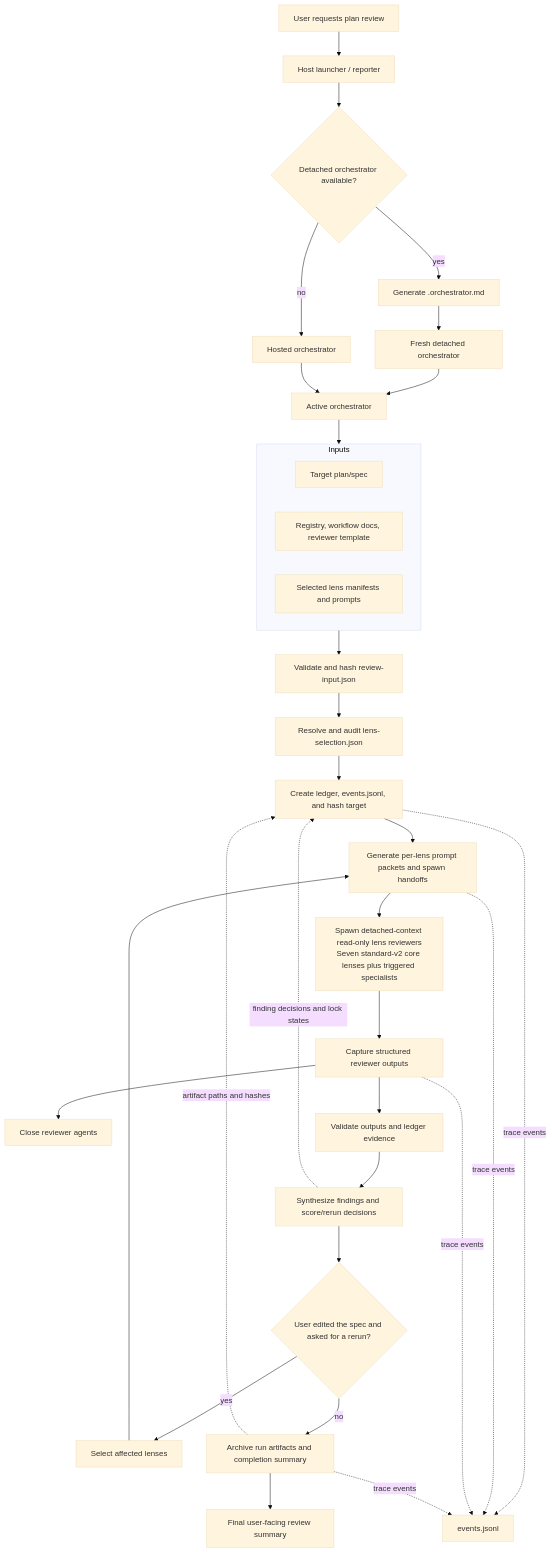
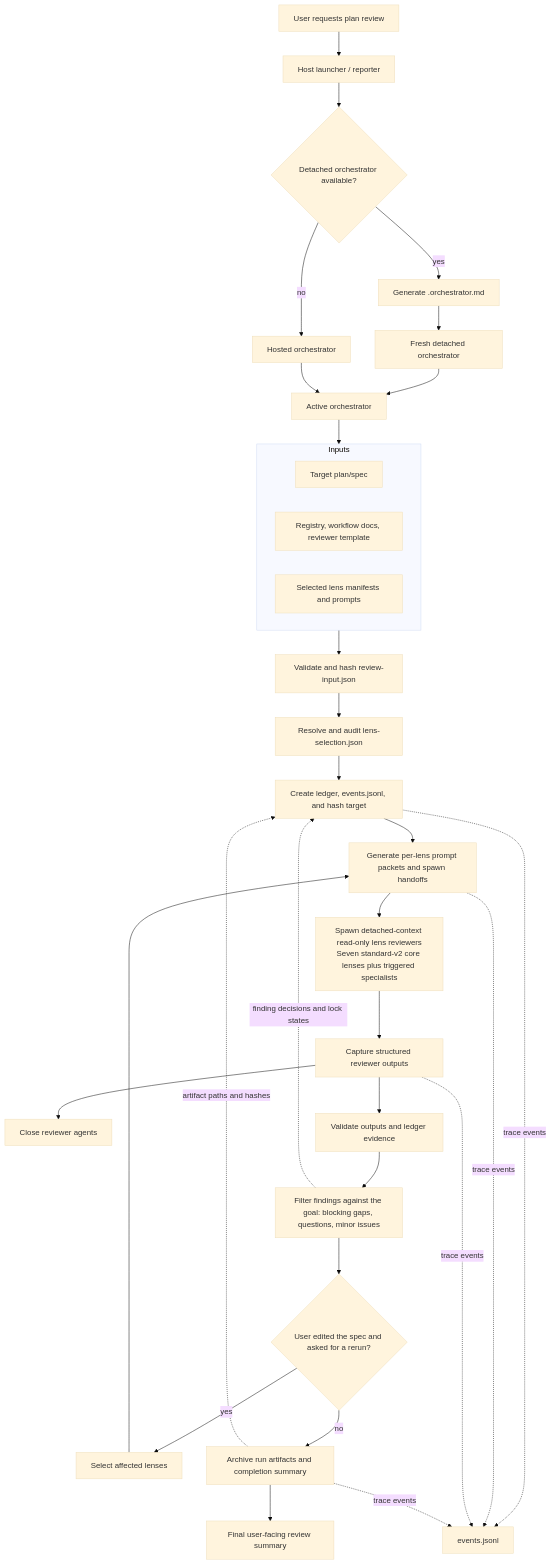
The diagram in docs/agent-flow.md (540lyle/lens-temper), drawn with Mermaid (base theme) before and after one commit. The commit also changed other lines of this file and 64 other files, not shown here.

First line of the commit message:
feat(synthesis): goal filter, intent card, and author-question contract (Phase 2)

````diff
--- a/docs/agent-flow.md
+++ b/docs/agent-flow.md
@@ -10,44 +10,44 @@
 ```mermaid
 flowchart TD
   User["User requests plan review"] --> Launcher["Host launcher / reporter"]
   Launcher --> Mode{"Detached orchestrator available?"}
   Mode -- yes --> Packet["Generate <pass-id>.orchestrator.md"]
   Packet --> Detached["Fresh detached orchestrator"]
   Mode -- no --> Hosted["Hosted orchestrator"]
   Detached --> Orchestrator["Active orchestrator"]
   Hosted --> Orchestrator
 
   subgraph Inputs["Inputs"]
     Target["Target plan/spec"]
     Registry["Registry, workflow docs, reviewer template"]
     Lenses["Selected lens manifests and prompts"]
   end
 
   Orchestrator --> Inputs
   Inputs --> Contract["Validate and hash review-input.json"]
   Contract --> Select["Resolve and audit lens-selection.json"]
   Select --> Prep["Create ledger, events.jsonl, and hash target"]
   Prep --> Generate["Generate per-lens prompt packets and spawn handoffs"]
 
   Generate --> Wave["Spawn detached-context read-only lens reviewers<br/>Seven standard-v2 core lenses plus triggered specialists"]
 
   Wave --> Outputs["Capture structured reviewer outputs"]
   Outputs --> Close["Close reviewer agents"]
   Outputs --> Validate["Validate outputs and ledger evidence"]
 
-  Validate --> Synthesis["Synthesize findings and score/rerun decisions"]
+  Validate --> Synthesis["Filter findings against the goal: blocking gaps, questions, minor issues"]
   Synthesis --> Rerun{"User edited the spec and asked for a rerun?"}
 
   Rerun -- yes --> Affected["Select affected lenses"]
   Affected --> Generate
 
   Rerun -- no --> Archive["Archive run artifacts and completion summary"]
   Archive --> Final["Final user-facing review summary"]
 
   Synthesis -. "finding decisions and lock states" .-> Prep
   Archive -. "artifact paths and hashes" .-> Prep
   Prep -. "trace events" .-> Trace["events.jsonl"]
   Generate -. "trace events" .-> Trace
   Outputs -. "trace events" .-> Trace
   Archive -. "trace events" .-> Trace
 ```
````
